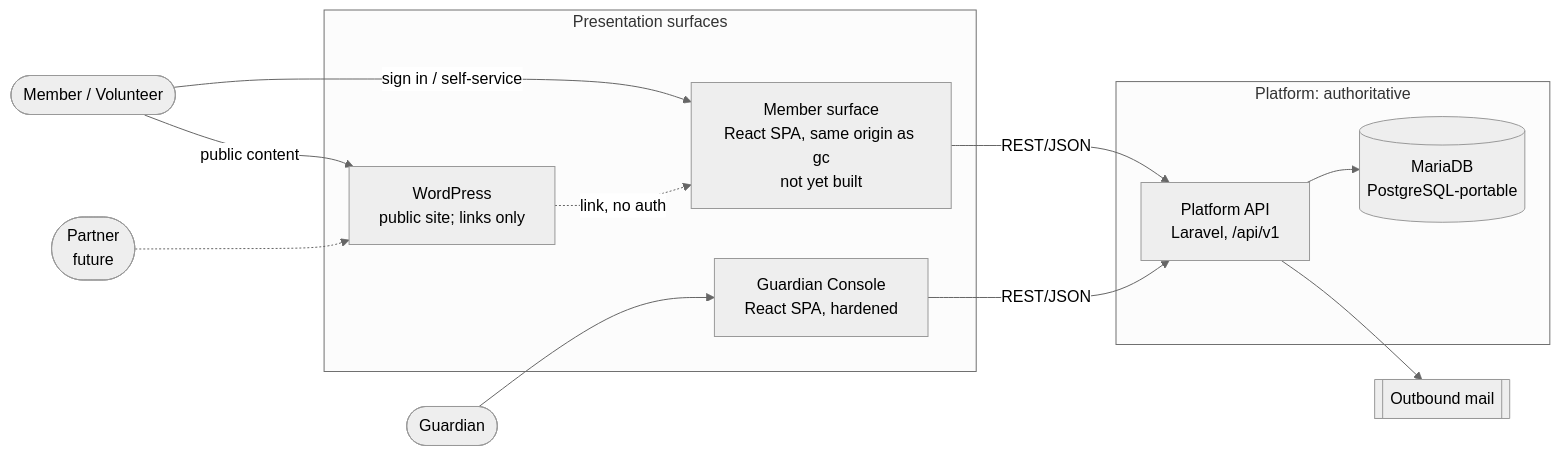
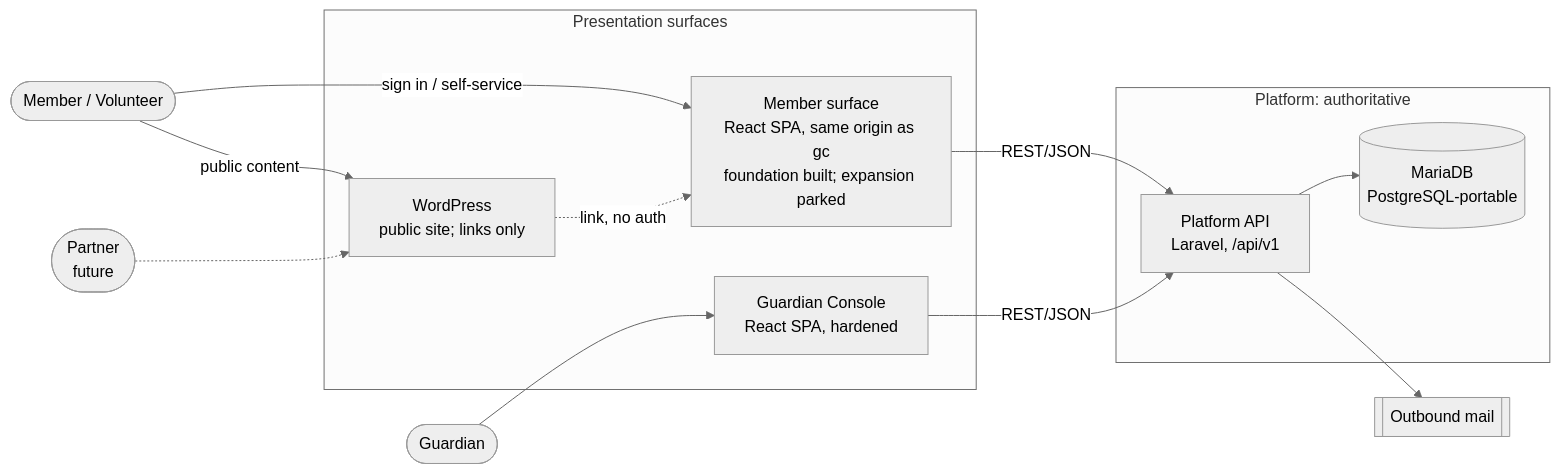
One commit to Imergent-Technology/flow-life-commons changed the diagram in docs/architecture/system-context.md. Above: the diagram before and after it, drawn with Mermaid (neutral theme). The commit also changed other lines of this file and 14 other files, not shown here.

First line of the commit message:
docs(architecture): define CRM People boundary

````diff
--- a/docs/architecture/system-context.md
+++ b/docs/architecture/system-context.md
@@ -5,29 +5,29 @@
 ```mermaid
 flowchart LR
     member([Member / Volunteer])
     guardian([Guardian])
     partner([Partner<br/>future])
 
     subgraph surfaces [Presentation surfaces]
         wp[WordPress<br/>public site; links only]
         gc[Guardian Console<br/>React SPA, hardened]
-        ms[Member surface<br/>React SPA, same origin as gc<br/>not yet built]
+        ms[Member surface<br/>React SPA, same origin as gc<br/>foundation built; expansion parked]
     end
 
     subgraph core [Platform: authoritative]
         api[Platform API<br/>Laravel, /api/v1]
         db[(MariaDB<br/>PostgreSQL-portable)]
     end
 
     mail[[Outbound mail]]
 
     member -- public content --> wp
     member -- sign in / self-service --> ms
     wp -. link, no auth .-> ms
     guardian --> gc
     partner -.-> wp
     ms -- REST/JSON --> api
     gc -- REST/JSON --> api
     api --> db
     api --> mail
 ```
````
